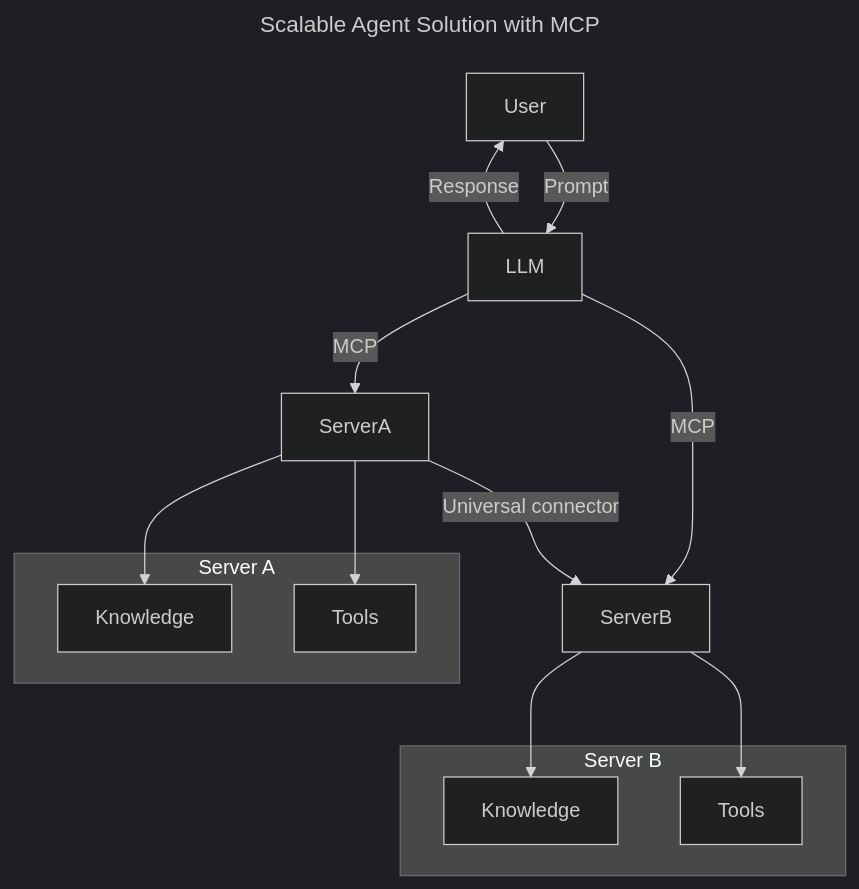
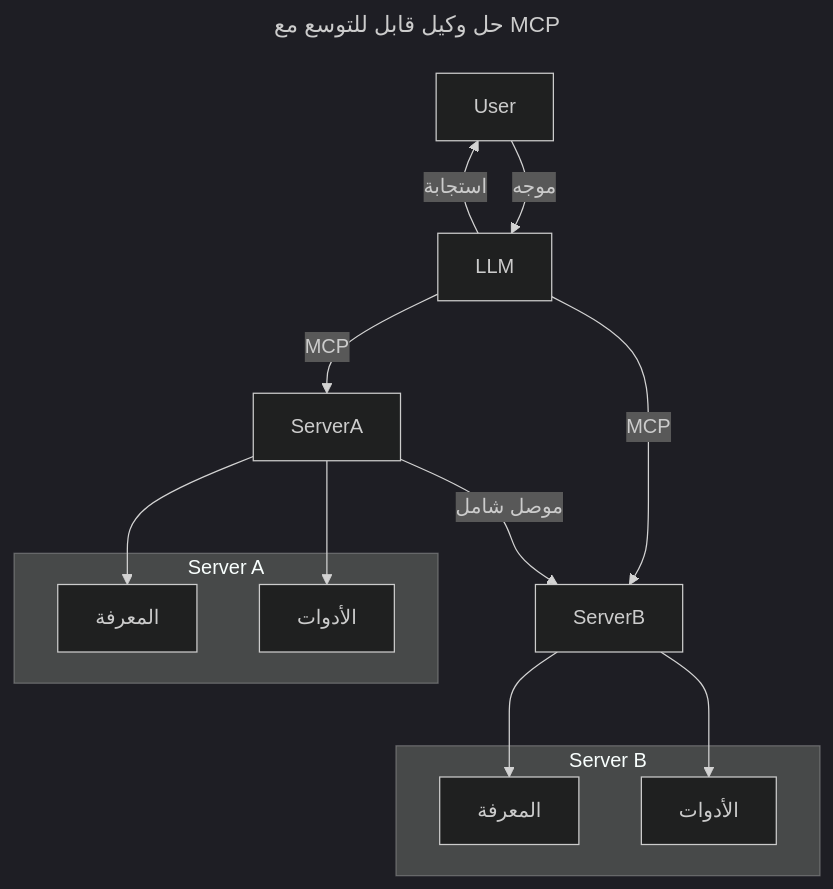
The second of 3 diagrams in translations/ar/00-Introduction/README.md (Mu-L/mcp-for-beginners), drawn with Mermaid (dark theme) before and after one commit. The commit also changed other lines of this file and 110 other files, not shown here.

````diff
--- a/translations/ar/00-Introduction/README.md
+++ b/translations/ar/00-Introduction/README.md
@@ -185,26 +193,26 @@
 ```mermaid
 ---
-title: Scalable Agent Solution with MCP
-description: A diagram illustrating how a user interacts with an LLM that connects to multiple MCP servers, with each server providing both knowledge and tools, creating a scalable AI system architecture
+title: حل وكيل قابل للتوسع مع MCP
+description: مخطط يوضح كيفية تفاعل المستخدم مع نموذج لغة كبير يتصل بعدة خوادم MCP، حيث يقدم كل خادم المعرفة والأدوات، مما يخلق بنية نظام ذكاء اصطناعي قابلة للتوسع
 ---
 graph TD
-    User -->|Prompt| LLM
-    LLM -->|Response| User
+    User -->|موجه| LLM
+    LLM -->|استجابة| User
     LLM -->|MCP| ServerA
     LLM -->|MCP| ServerB
-    ServerA -->|Universal connector| ServerB
+    ServerA -->|موصل شامل| ServerB
     ServerA --> KnowledgeA
     ServerA --> ToolsA
     ServerB --> KnowledgeB
     ServerB --> ToolsB
 
     subgraph Server A
-        KnowledgeA[Knowledge]
-        ToolsA[Tools]
+        KnowledgeA[المعرفة]
+        ToolsA[الأدوات]
     end
 
     subgraph Server B
-        KnowledgeB[Knowledge]
-        ToolsB[Tools]
+        KnowledgeB[المعرفة]
+        ToolsB[الأدوات]
     end
 ```
````
